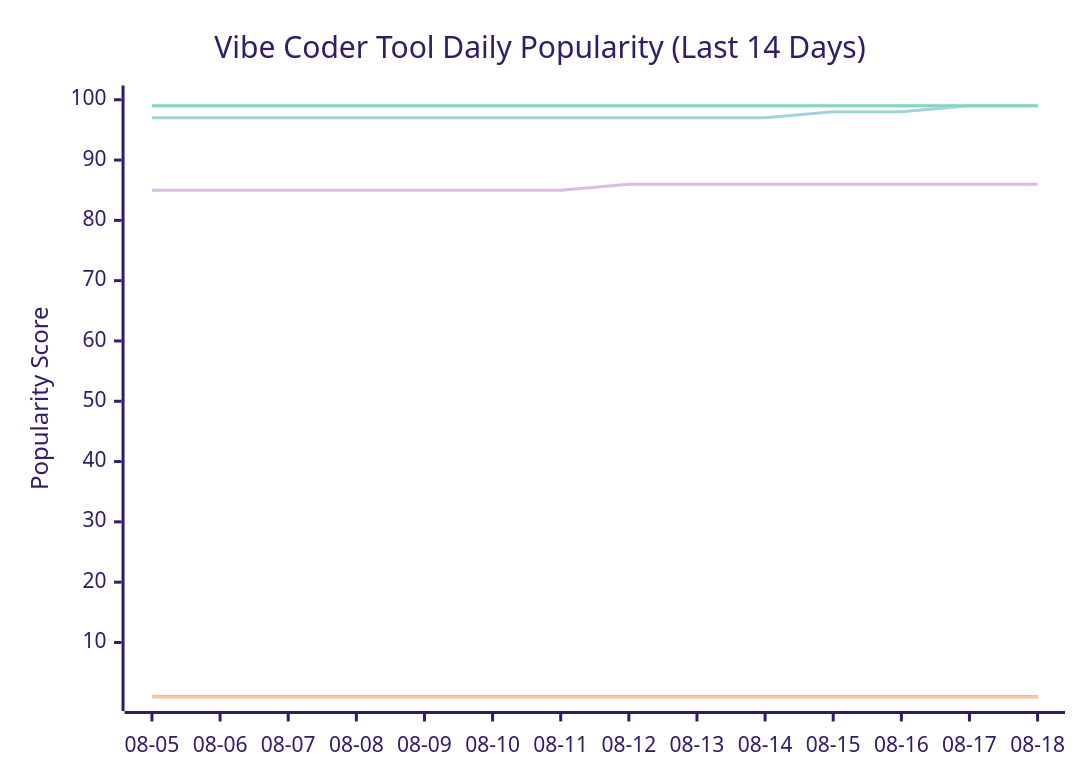
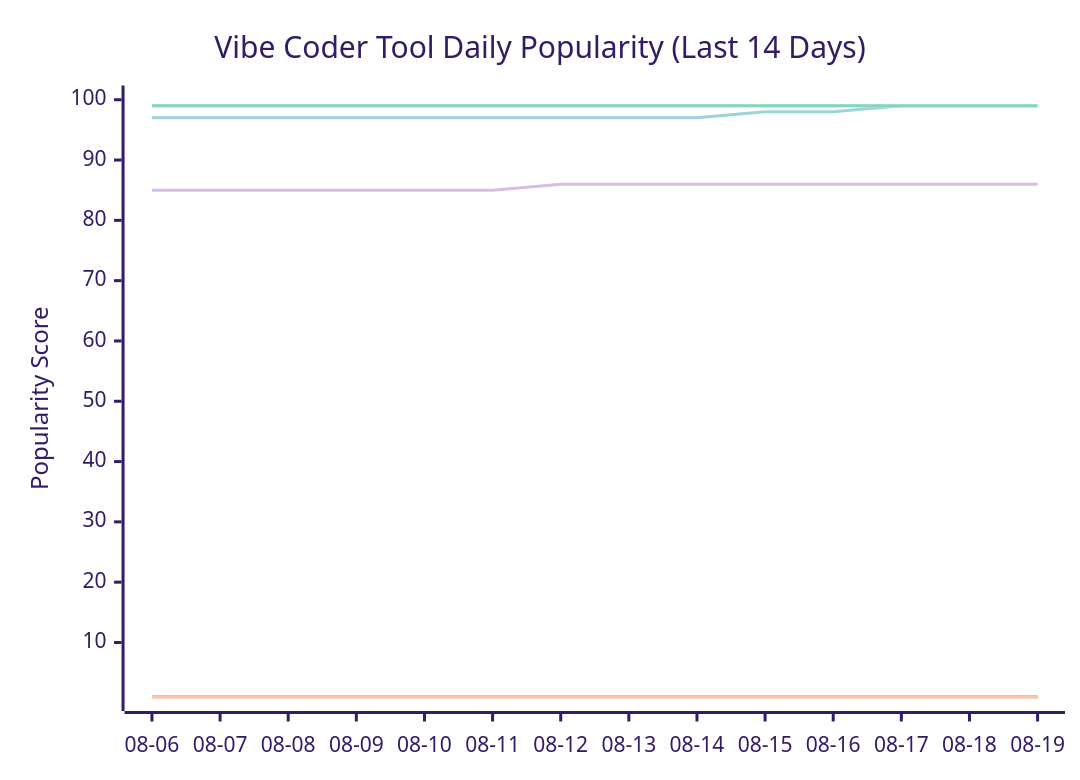
One commit to tykimos/ai-whatchelin changed the seventh of 11 diagrams in README.md. Above: the diagram before and after it, drawn with Mermaid (forest theme). The commit also changed other lines of this file and 4 other files, not shown here.

````diff
--- a/README.md
+++ b/README.md
@@ -2281,13 +2281,13 @@
 ```mermaid
 xychart-beta
     title "Vibe Coder Tool Daily Popularity (Last 14 Days)"
-    x-axis ["08-05", "08-06", "08-07", "08-08", "08-09", "08-10", "08-11", "08-12", "08-13", "08-14", "08-15", "08-16", "08-17", "08-18"]
+    x-axis ["08-06", "08-07", "08-08", "08-09", "08-10", "08-11", "08-12", "08-13", "08-14", "08-15", "08-16", "08-17", "08-18", "08-19"]
     y-axis "Popularity Score" 1 --> 100
     line "Claude Code" [99, 99, 99, 99, 99, 99, 99, 99, 99, 99, 99, 99, 99, 99]
     line "GH Copilot" [1, 1, 1, 1, 1, 1, 1, 1, 1, 1, 1, 1, 1, 1]
-    line "Cursor" [97, 97, 97, 97, 97, 97, 97, 97, 97, 97, 98, 98, 99, 99]
-    line "Windsurf" [85, 85, 85, 85, 85, 85, 85, 86, 86, 86, 86, 86, 86, 86]
+    line "Cursor" [97, 97, 97, 97, 97, 97, 97, 97, 97, 98, 98, 99, 99, 99]
+    line "Windsurf" [85, 85, 85, 85, 85, 85, 86, 86, 86, 86, 86, 86, 86, 86]
     line "Codex CLI" [99, 99, 99, 99, 99, 99, 99, 99, 99, 99, 99, 99, 99, 99]
     line "Gemini CLI" [1, 1, 1, 1, 1, 1, 1, 1, 1, 1, 1, 1, 1, 1]
     line "Antigravity" [99, 99, 99, 99, 99, 99, 99, 99, 99, 99, 99, 99, 99, 99]
 ```
````
